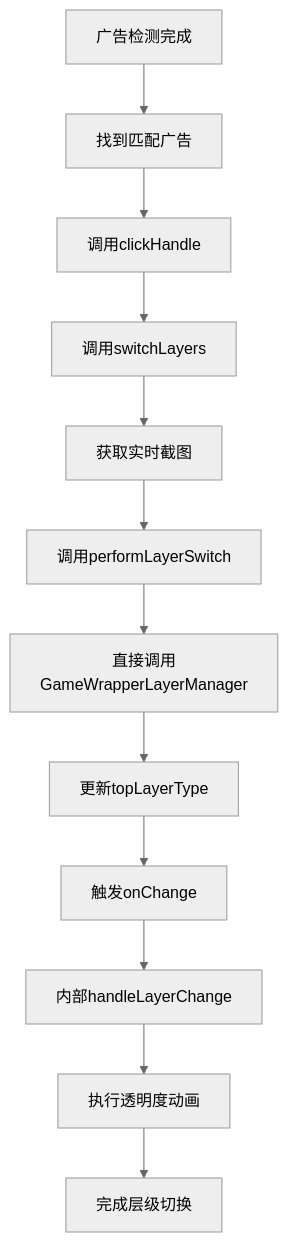
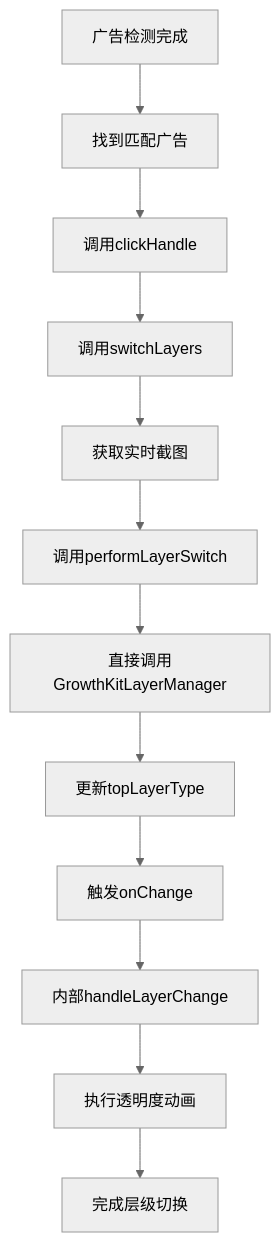
One commit to shuge-developer/GrowthSDK changed the diagram in SDK_IMPROVED_DESIGN.md. Above: the diagram before and after it, drawn with Mermaid (neutral theme). The commit also changed other lines of this file and 128 other files, not shown here.

````diff
--- a/SDK_IMPROVED_DESIGN.md
+++ b/SDK_IMPROVED_DESIGN.md
@@ -217,14 +217,14 @@
 ```mermaid
 graph TD
     A[广告检测完成] --> B[找到匹配广告]
     B --> C[调用clickHandle]
     C --> D[调用switchLayers]
     D --> E[获取实时截图]
     E --> F[调用performLayerSwitch]
-    F --> G[直接调用GameWrapperLayerManager]
+    F --> G[直接调用GrowthKitLayerManager]
     G --> H[更新topLayerType]
     H --> I[触发onChange]
     I --> J[内部handleLayerChange]
     J --> K[执行透明度动画]
     K --> L[完成层级切换]
 ```
````
